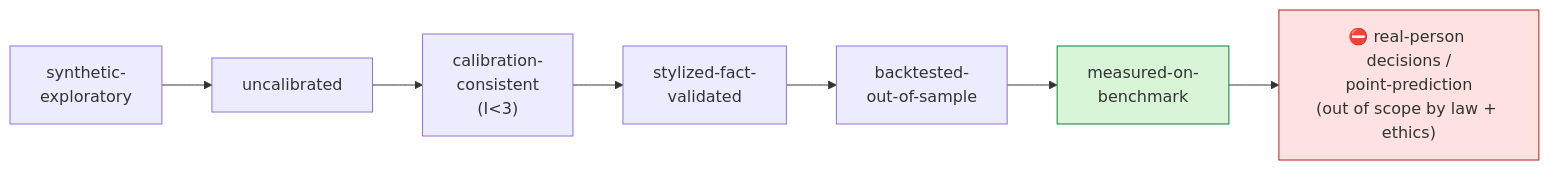
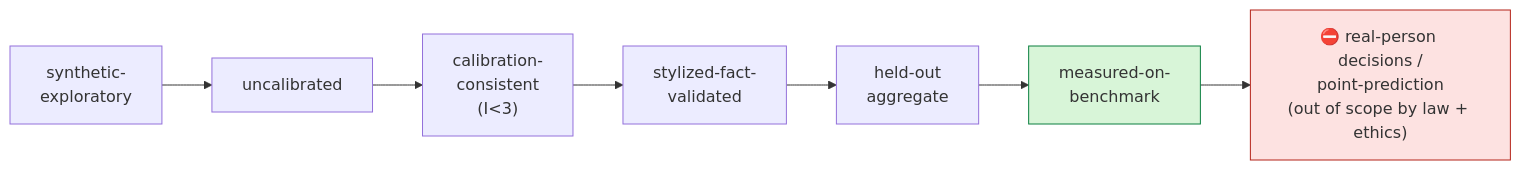
One commit to jviola1019/sociosim changed the third of 3 diagrams in docs/MODELS.md. Above: the diagram before and after it, drawn with Mermaid. The commit also changed other lines of this file and 107 other files, not shown here.

````diff
--- a/docs/MODELS.md
+++ b/docs/MODELS.md
@@ -97,8 +97,8 @@
 ```mermaid
 flowchart LR
     R0["synthetic-<br/>exploratory"] --> R1["uncalibrated"] --> R2["calibration-<br/>consistent<br/>(I&lt;3)"]
-    R2 --> R3["stylized-fact-<br/>validated"] --> R4["backtested-<br/>out-of-sample"] --> R5["measured-on-<br/>benchmark"]
+    R2 --> R3["stylized-fact-<br/>validated"] --> R4["held-out<br/>aggregate"] --> R5["measured-on-<br/>benchmark"]
     R5 --> STOP["⛔ real-person decisions /<br/>point-prediction<br/>(out of scope by law + ethics)"]
     style R5 fill:#d8f5d8,stroke:#0a7f3f
     style STOP fill:#fde2e1,stroke:#b42318
 ```
````
